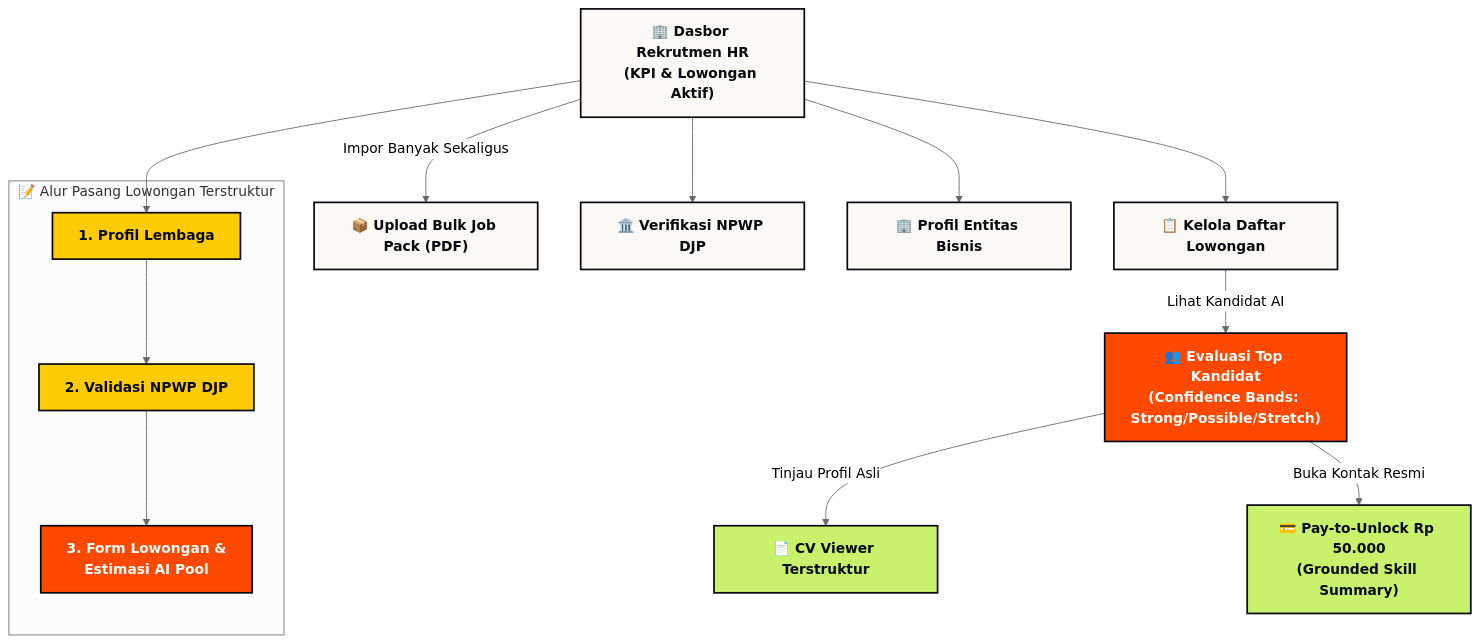
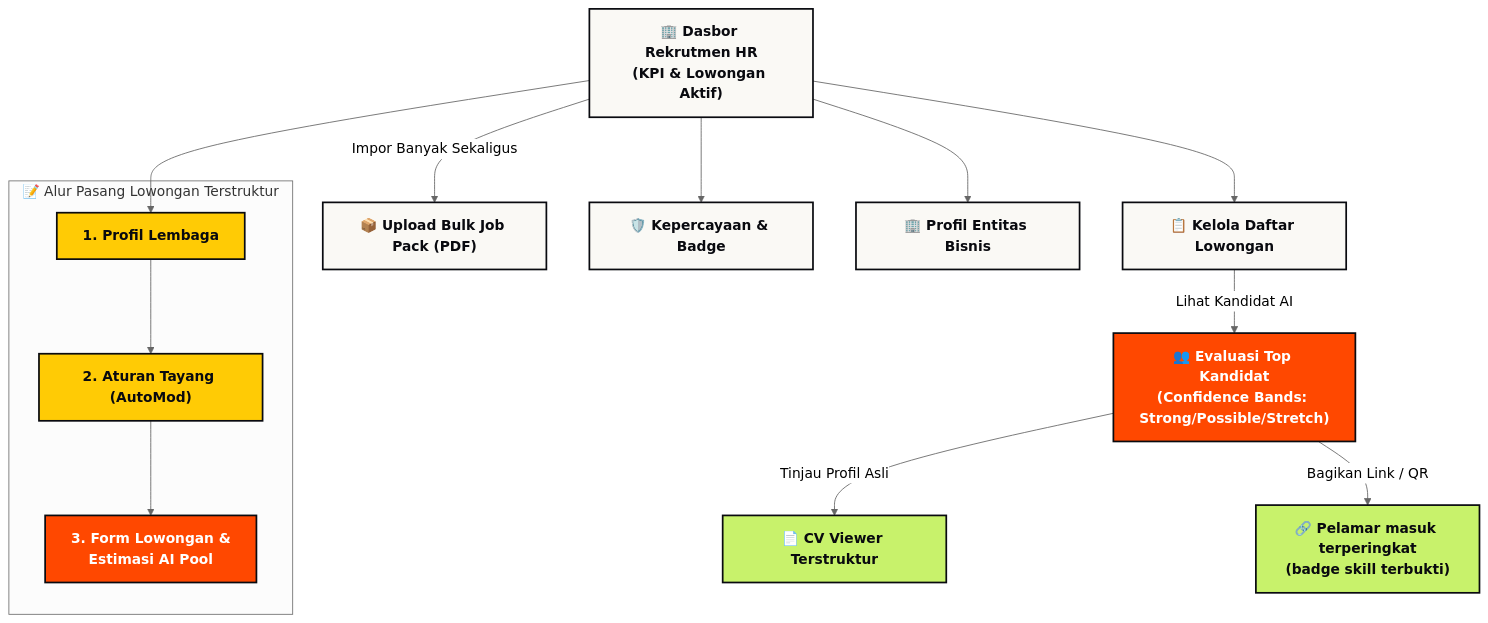
One commit to DarrenSuw/KerjaCerdas changed the third of 5 diagrams in README.md. Above: the diagram before and after it, drawn with Mermaid (neutral theme). The commit also changed other lines of this file and 4 other files, not shown here.

Commit message:
docs: sync architecture, business model, and UI descriptions with v2 updates

````diff
--- a/README.md
+++ b/README.md
@@ -141,24 +145,24 @@
 ```mermaid
 flowchart TD
     classDef page fill:#FAF9F5,stroke:#090A0F,stroke-width:2px,color:#090A0F,font-weight:bold
     classDef step fill:#FFCB05,stroke:#090A0F,stroke-width:2px,color:#090A0F,font-weight:bold
     classDef ai fill:#FF4800,stroke:#090A0F,stroke-width:2px,color:#fff,font-weight:bold
     classDef modal fill:#C8F26B,stroke:#090A0F,stroke-width:2px,color:#090A0F,font-weight:bold
 
     A["🏢 Dasbor Rekrutmen HR\n(KPI & Lowongan Aktif)"]:::page --> B["📋 Kelola Daftar Lowongan"]:::page
     
     subgraph Wizard_Pasang ["📝 Alur Pasang Lowongan Terstruktur"]
-        C["1. Profil Lembaga"]:::step --> D["2. Validasi NPWP DJP"]:::step
+        C["1. Profil Lembaga"]:::step --> D["2. Aturan Tayang (AutoMod)"]:::step
         D --> E["3. Form Lowongan &\nEstimasi AI Pool"]:::ai
     end
     
     A --> C
     A -->|Impor Banyak Sekaligus| F["📦 Upload Bulk Job Pack (PDF)"]:::page
     
     B -->|Lihat Kandidat AI| G["👥 Evaluasi Top Kandidat\n(Confidence Bands: Strong/Possible/Stretch)"]:::ai
     G -->|Tinjau Profil Asli| H["📄 CV Viewer Terstruktur"]:::modal
-    G -->|Buka Kontak Resmi| I["💳 Pay-to-Unlock Rp 50.000\n(Grounded Skill Summary)"]:::modal
+    G -->|Bagikan Link / QR| I["🔗 Pelamar masuk terperingkat\n(badge skill terbukti)"]:::modal
     
-    A --> J["🏛️ Verifikasi NPWP DJP"]:::page
+    A --> J["🛡️ Kepercayaan & Badge"]:::page
     A --> K["🏢 Profil Entitas Bisnis"]:::page
 ```
````
